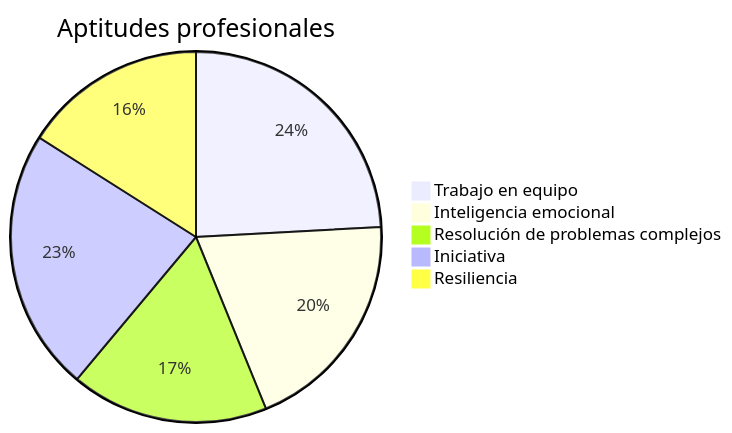
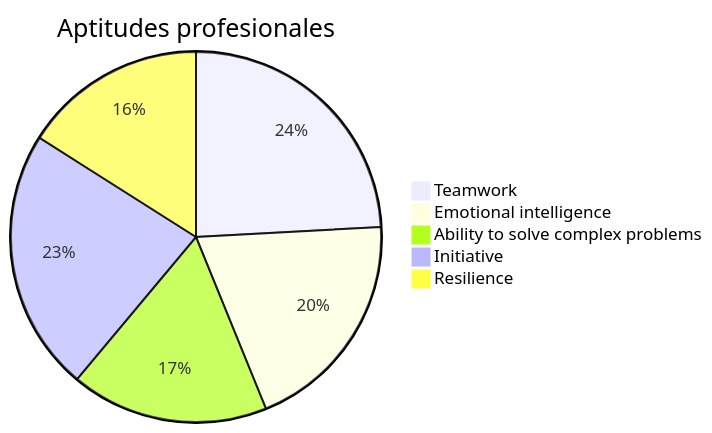
One commit to Bluevipe21/bluevipe21.github.io changed the diagram in elements.md. Above: the diagram before and after it, drawn with Mermaid. The commit also changed other lines of this file, not shown here.

````diff
--- a/elements.md
+++ b/elements.md
@@ -83,8 +83,8 @@
 ```mermaid
 pie title Aptitudes profesionales
-    "Trabajo en equipo" : 98
-    "Inteligencia emocional" : 80
-    "Resolución de problemas complejos" : 70
-    "Iniciativa" : 93
-    "Resiliencia" : 65
+    "Teamwork" : 98
+    "Emotional intelligence" : 80
+    "Ability to solve complex problems" : 70
+    "Initiative" : 93
+    "Resilience" : 65
 ```
````
